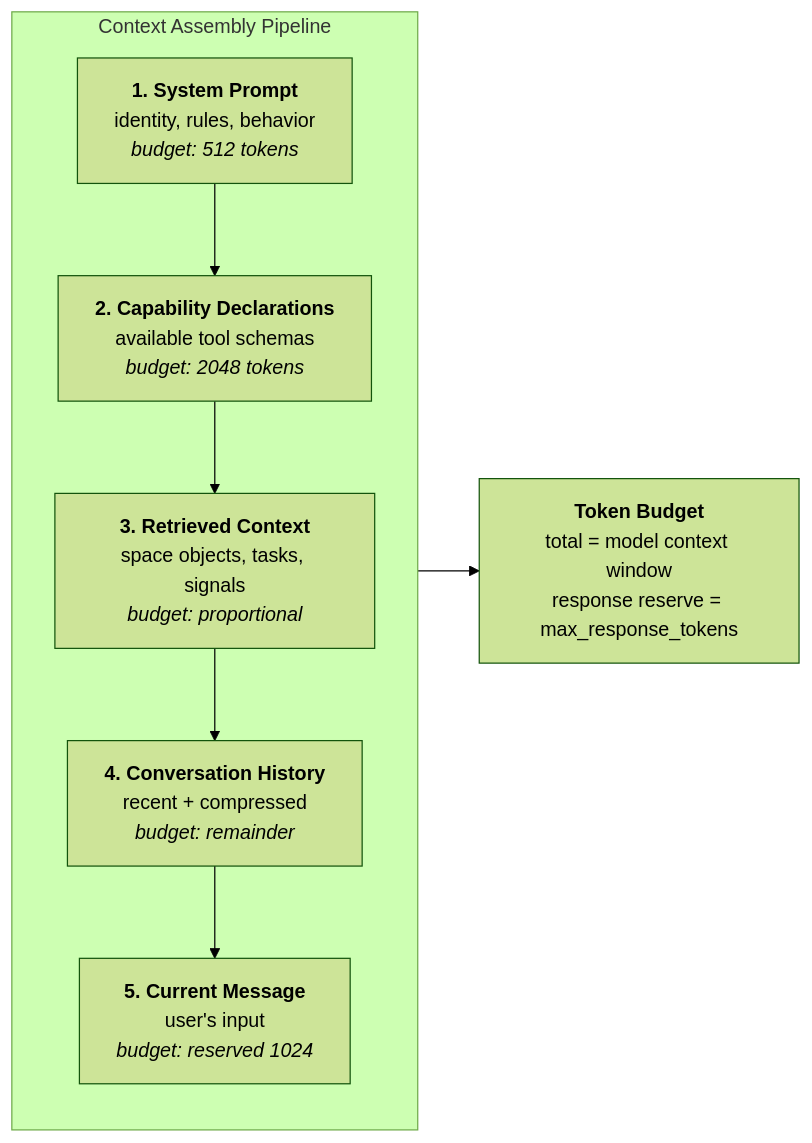
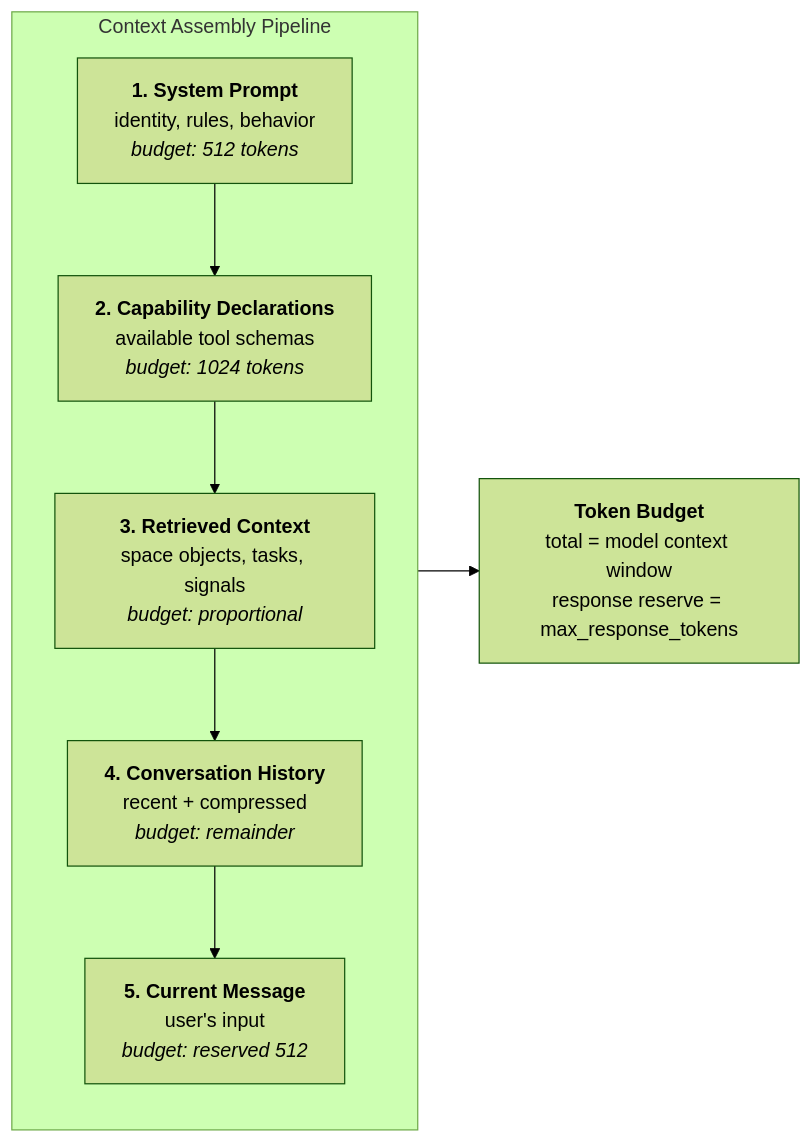
One commit to juslee/aios changed the diagram in docs/intelligence/conversation-manager/context-windows.md. Above: the diagram before and after it, drawn with Mermaid (forest theme). The commit also changed 3 other files, not shown here.

````diff
--- a/docs/intelligence/conversation-manager/context-windows.md
+++ b/docs/intelligence/conversation-manager/context-windows.md
@@ -18,29 +18,29 @@
 ```mermaid
 flowchart LR
     subgraph Pipeline["Context Assembly Pipeline"]
         direction TB
         SP["`**1. System Prompt**
         identity, rules, behavior
         _budget: 512 tokens_`"]
         CD["`**2. Capability Declarations**
         available tool schemas
-        _budget: 2048 tokens_`"]
+        _budget: 1024 tokens_`"]
         RC["`**3. Retrieved Context**
         space objects, tasks, signals
         _budget: proportional_`"]
         CH["`**4. Conversation History**
         recent + compressed
         _budget: remainder_`"]
         UM["`**5. Current Message**
         user's input
-        _budget: reserved 1024_`"]
+        _budget: reserved 512_`"]
     end
 
     SP --> CD --> RC --> CH --> UM
 
     TB["`**Token Budget**
     total = model context window
     response reserve = max_response_tokens`"]
 
     Pipeline --> TB
 ```
````
